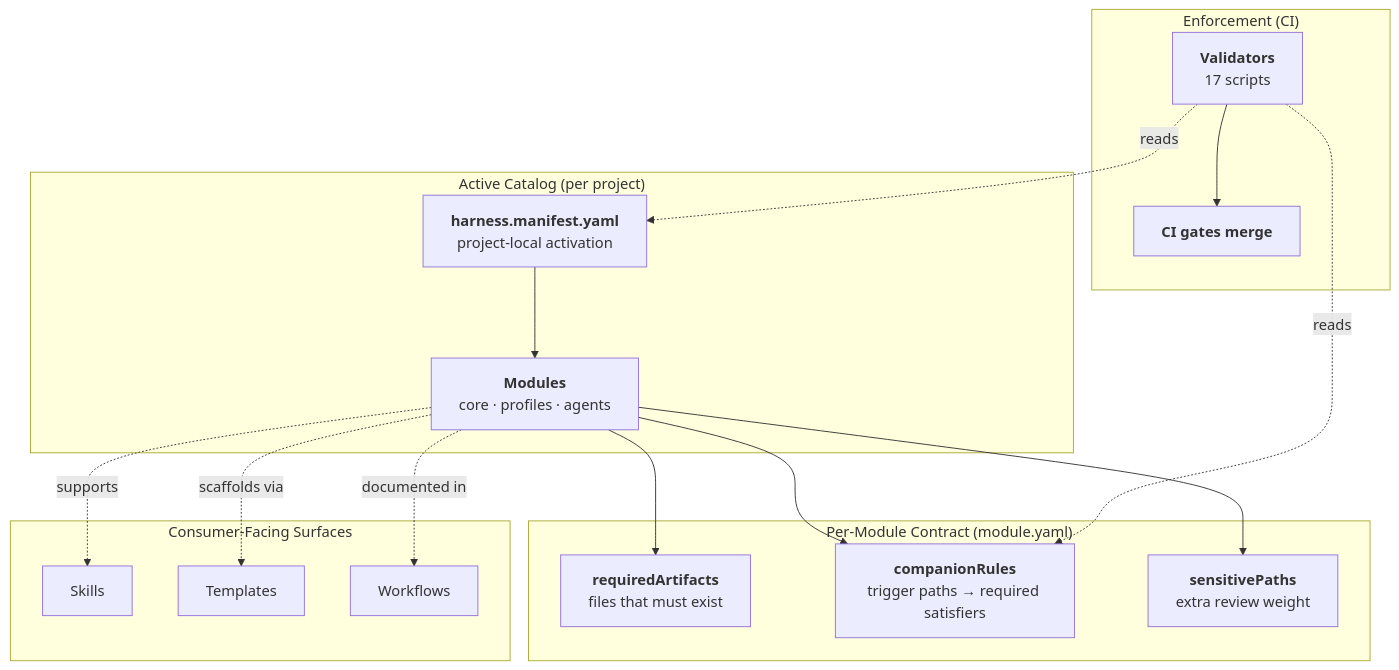
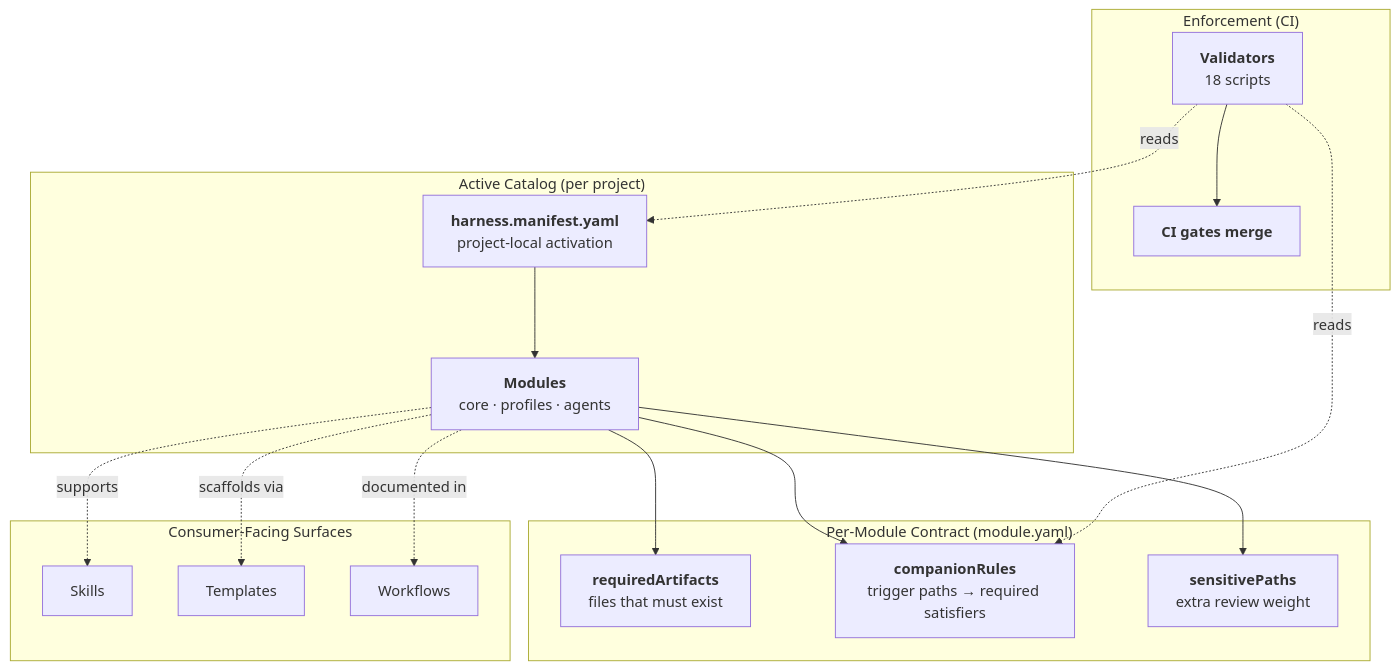
Before and after one commit to unclenate/auto-harness: the diagram in README.md, drawn with Mermaid. The commit also changed other lines of this file and 22 other files, not shown here.

````diff
--- a/README.md
+++ b/README.md
@@ -131,31 +131,31 @@
 ```mermaid
 flowchart TD
     Manifest["<b>harness.manifest.yaml</b><br/>project-local activation"]
 
     subgraph CATALOG["Active Catalog (per project)"]
         Manifest --> Modules["<b>Modules</b><br/>core · profiles · agents"]
     end
 
     subgraph CONTRACT["Per-Module Contract (module.yaml)"]
         Modules --> Required["<b>requiredArtifacts</b><br/>files that must exist"]
         Modules --> Companions["<b>companionRules</b><br/>trigger paths → required satisfiers"]
         Modules --> Sensitive["<b>sensitivePaths</b><br/>extra review weight"]
     end
 
     subgraph ENFORCE["Enforcement (CI)"]
-        Validators["<b>Validators</b><br/>17 scripts"]
+        Validators["<b>Validators</b><br/>18 scripts"]
         Validators -.reads.-> Manifest
         Validators -.reads.-> Companions
         Validators --> CIGate["<b>CI gates merge</b>"]
     end
 
     subgraph SURFACE["Consumer-Facing Surfaces"]
         Skills["Skills"]
         Templates["Templates"]
         Workflows["Workflows"]
     end
 
     Modules -.supports.-> Skills
     Modules -.scaffolds via.-> Templates
     Modules -.documented in.-> Workflows
 ```
````
